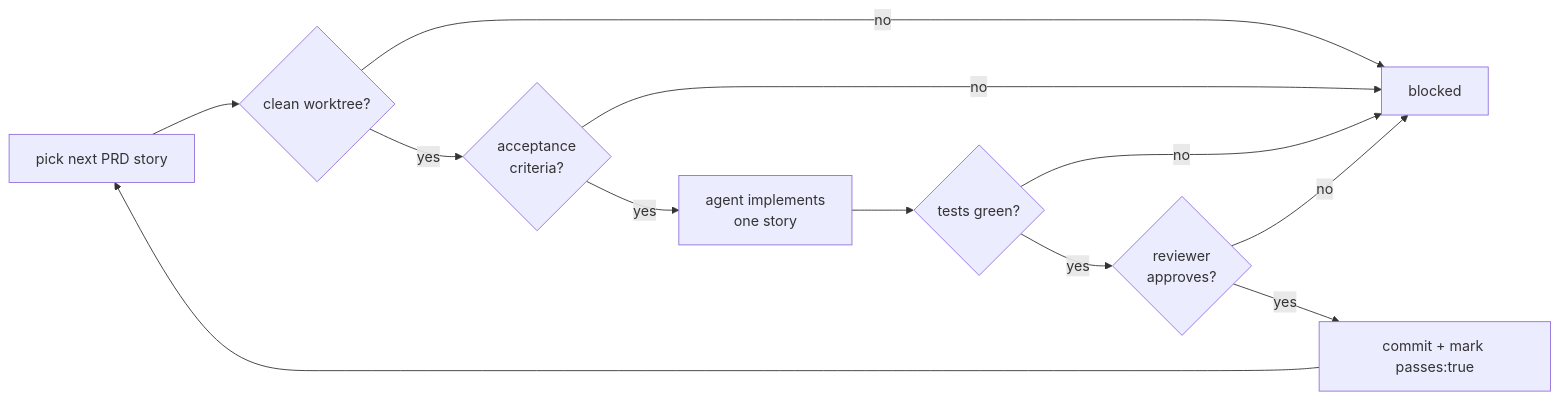
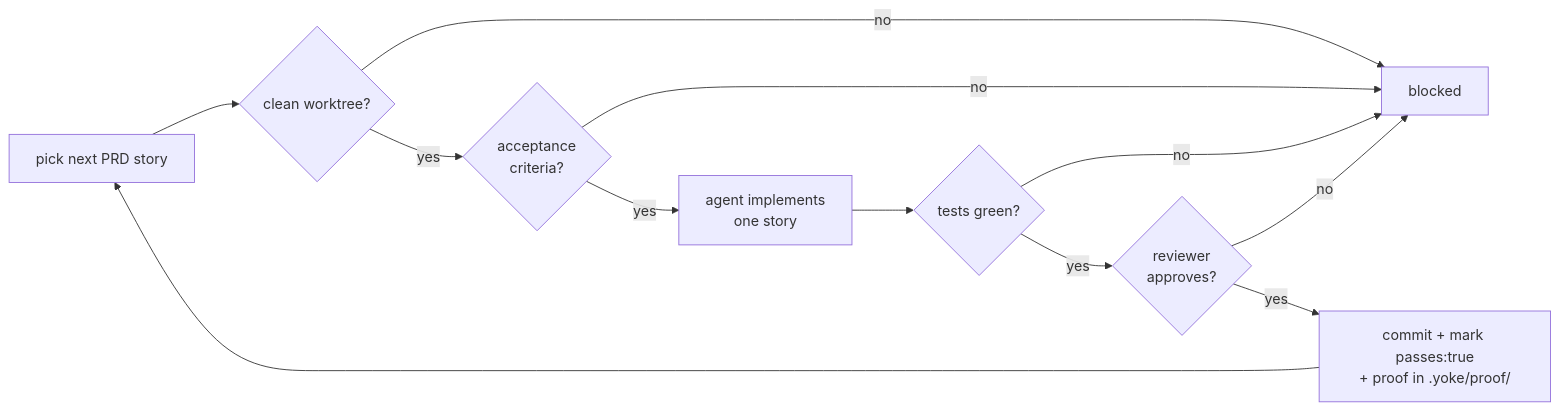
Before and after one commit to HECer/yoke: the second of 2 diagrams in README.md, drawn with Mermaid. The commit also changed other lines of this file and 1 other file, not shown here.

````diff
--- a/README.md
+++ b/README.md
@@ -210,14 +244,14 @@
 ```mermaid
 flowchart LR
     A[pick next PRD story] --> B{clean worktree?}
     B -- no --> X[blocked]
     B -- yes --> C{acceptance<br/>criteria?}
     C -- no --> X
     C -- yes --> D[agent implements<br/>one story]
     D --> E{tests green?}
     E -- no --> X
     E -- yes --> F{reviewer<br/>approves?}
     F -- no --> X
-    F -- yes --> G[commit + mark passes:true]
+    F -- yes --> G[commit + mark passes:true<br/>+ proof in .yoke/proof/]
     G --> A
 ```
````
